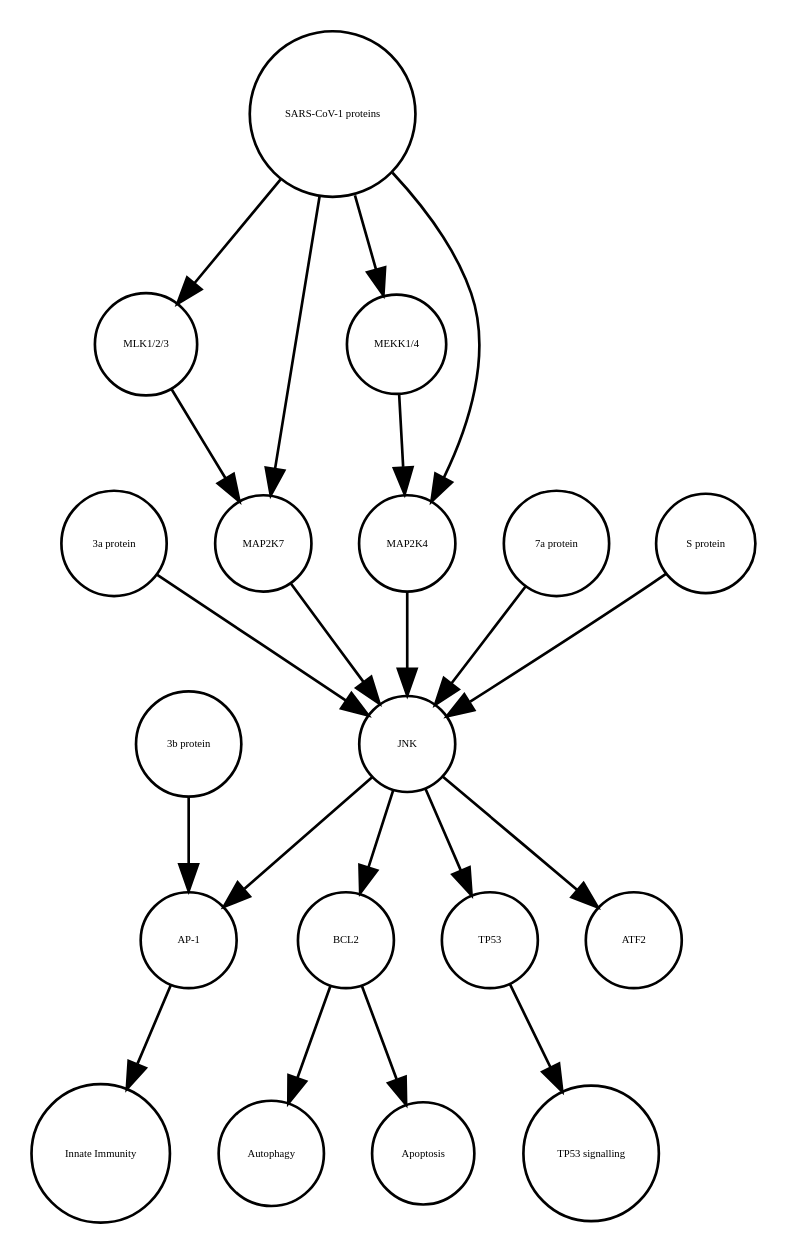
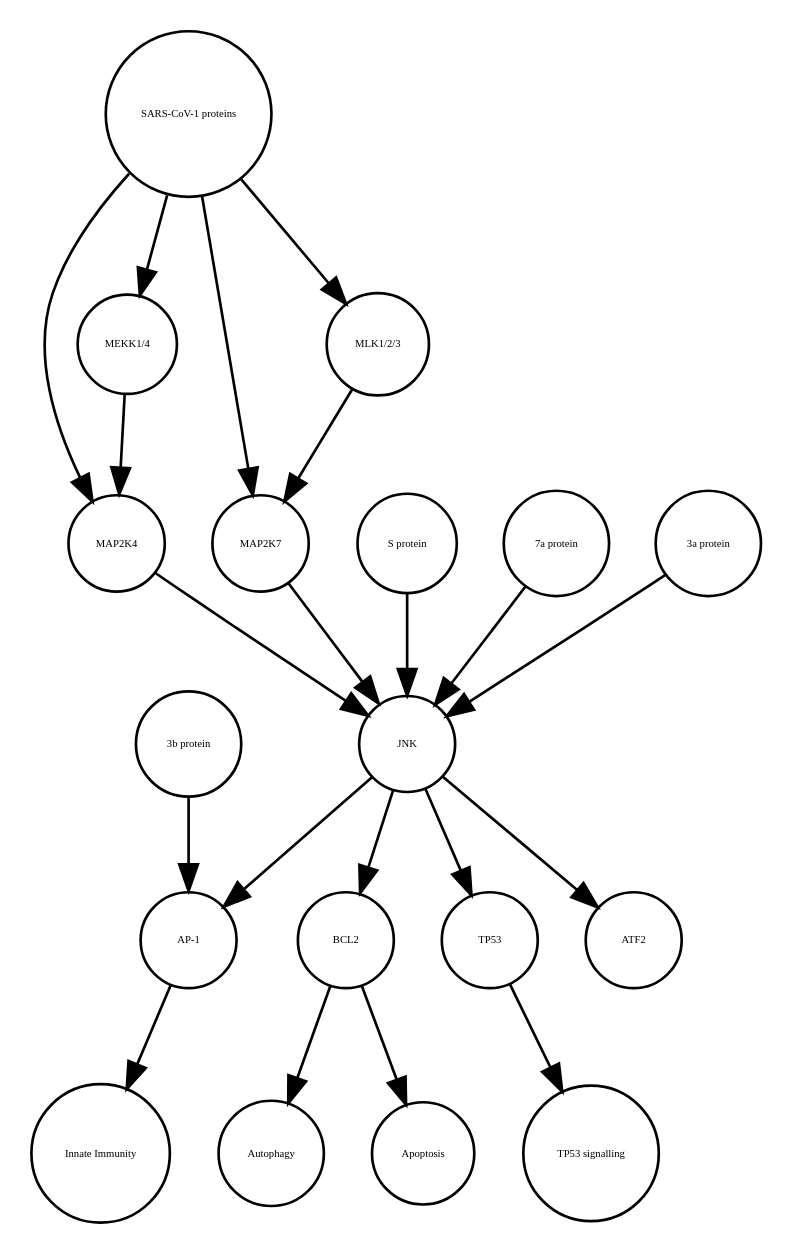
The diagram in JNK_pathway_v2.1.xml_projected.dot (cannin/covid19-sbgn), drawn with Graphviz before and after one commit. The commit also changed other lines of this file and 637 other files, not shown here.

```diff
--- a/JNK_pathway_v2.1.xml_projected.dot
+++ b/JNK_pathway_v2.1.xml_projected.dot
@@ -1,40 +1,40 @@
 strict digraph  {
 BCL2 [annotation=urn_miriam_uniprot_P10415, bipartite=0, cls=macromolecule, fontsize=4, label=BCL2, shape=circle];
 Autophagy [annotation="", bipartite=0, cls=phenotype, fontsize=4, label=Autophagy, shape=circle];
 "AP-1" [annotation="", bipartite=0, cls=complex, fontsize=4, label="AP-1", shape=circle];
 "Innate Immunity" [annotation="", bipartite=0, cls=phenotype, fontsize=4, label="Innate Immunity", shape=circle];
 TP53 [annotation=urn_miriam_uniprot_P04637, bipartite=0, cls=macromolecule, fontsize=4, label=TP53, shape=circle];
 "TP53 signalling" [annotation="", bipartite=0, cls=phenotype, fontsize=4, label="TP53 signalling", shape=circle];
 Apoptosis [annotation="", bipartite=0, cls=phenotype, fontsize=4, label=Apoptosis, shape=circle];
 "SARS-CoV-1 proteins" [annotation="", bipartite=0, cls=complex, fontsize=4, label="SARS-CoV-1 proteins", shape=circle];
-"MLK1/2/3" [annotation="", bipartite=0, cls=complex, fontsize=4, label="MLK1/2/3", shape=circle];
-"3b protein" [annotation="", bipartite=0, cls=macromolecule, fontsize=4, label="3b protein", shape=circle];
-"3a protein" [annotation="", bipartite=0, cls=macromolecule, fontsize=4, label="3a protein", shape=circle];
+MAP2K4 [annotation=urn_miriam_uniprot_P45985, bipartite=0, cls=macromolecule, fontsize=4, label=MAP2K4, shape=circle];
+MAP2K7 [annotation=urn_miriam_uniprot_O14733, bipartite=0, cls=macromolecule, fontsize=4, label=MAP2K7, shape=circle];
+"S protein" [annotation="", bipartite=0, cls=macromolecule, fontsize=4, label="S protein", shape=circle];
 ATF2 [annotation=urn_miriam_uniprot_P15336, bipartite=0, cls=macromolecule, fontsize=4, label=ATF2, shape=circle];
-MAP2K7 [annotation=urn_miriam_uniprot_O14733, bipartite=0, cls=macromolecule, fontsize=4, label=MAP2K7, shape=circle];
-"MEKK1/4" [annotation="", bipartite=0, cls=complex, fontsize=4, label="MEKK1/4", shape=circle];
 JNK [annotation="", bipartite=0, cls=complex, fontsize=4, label=JNK, shape=circle];
 "7a protein" [annotation="", bipartite=0, cls=macromolecule, fontsize=4, label="7a protein", shape=circle];
-"S protein" [annotation="", bipartite=0, cls=macromolecule, fontsize=4, label="S protein", shape=circle];
-MAP2K4 [annotation=urn_miriam_uniprot_P45985, bipartite=0, cls=macromolecule, fontsize=4, label=MAP2K4, shape=circle];
+"MLK1/2/3" [annotation="", bipartite=0, cls=complex, fontsize=4, label="MLK1/2/3", shape=circle];
+"3a protein" [annotation="", bipartite=0, cls=macromolecule, fontsize=4, label="3a protein", shape=circle];
+"MEKK1/4" [annotation="", bipartite=0, cls=complex, fontsize=4, label="MEKK1/4", shape=circle];
+"3b protein" [annotation="", bipartite=0, cls=macromolecule, fontsize=4, label="3b protein", shape=circle];
 BCL2 -> Autophagy  [annotation="", interaction_type="necessary stimulation"];
 BCL2 -> Apoptosis  [annotation="", interaction_type=inhibition];
 "AP-1" -> "Innate Immunity"  [annotation="", interaction_type="necessary stimulation"];
 TP53 -> "TP53 signalling"  [annotation="", interaction_type="necessary stimulation"];
+"SARS-CoV-1 proteins" -> "MLK1/2/3"  [annotation="urn_miriam_taxonomy_694009|urn_miriam_pubmed_31226023", interaction_type=stimulation];
+"SARS-CoV-1 proteins" -> MAP2K4  [annotation="urn_miriam_pubmed_31226023|urn_miriam_taxonomy_694009", interaction_type=stimulation];
 "SARS-CoV-1 proteins" -> MAP2K7  [annotation="urn_miriam_pubmed_31226023|urn_miriam_taxonomy_694009", interaction_type=stimulation];
-"SARS-CoV-1 proteins" -> MAP2K4  [annotation="urn_miriam_pubmed_31226023|urn_miriam_taxonomy_694009", interaction_type=stimulation];
 "SARS-CoV-1 proteins" -> "MEKK1/4"  [annotation="urn_miriam_pubmed_31226023|urn_miriam_taxonomy_694009", interaction_type=stimulation];
-"SARS-CoV-1 proteins" -> "MLK1/2/3"  [annotation="urn_miriam_taxonomy_694009|urn_miriam_pubmed_31226023", interaction_type=stimulation];
-"MLK1/2/3" -> MAP2K7  [annotation="urn_miriam_pubmed_31226023|urn_miriam_taxonomy_694009", interaction_type=stimulation];
-"3b protein" -> "AP-1"  [annotation=urn_miriam_pubmed_21561061, interaction_type=stimulation];
-"3a protein" -> JNK  [annotation=urn_miriam_pubmed_17141229, interaction_type=stimulation];
+MAP2K4 -> JNK  [annotation=urn_miriam_pubmed_17141229, interaction_type=stimulation];
 MAP2K7 -> JNK  [annotation=urn_miriam_pubmed_17141229, interaction_type=stimulation];
-"MEKK1/4" -> MAP2K4  [annotation="urn_miriam_pubmed_31226023|urn_miriam_taxonomy_694009", interaction_type=stimulation];
+"S protein" -> JNK  [annotation=urn_miriam_pubmed_17267381, interaction_type=stimulation];
 JNK -> ATF2  [annotation="", interaction_type=stimulation];
 JNK -> TP53  [annotation="", interaction_type=stimulation];
 JNK -> BCL2  [annotation=urn_miriam_pubmed_10567572, interaction_type=stimulation];
 JNK -> "AP-1"  [annotation=urn_miriam_pubmed_21561061, interaction_type=stimulation];
 "7a protein" -> JNK  [annotation=urn_miriam_pubmed_17141229, interaction_type=stimulation];
-"S protein" -> JNK  [annotation=urn_miriam_pubmed_17267381, interaction_type=stimulation];
-MAP2K4 -> JNK  [annotation=urn_miriam_pubmed_17141229, interaction_type=stimulation];
+"MLK1/2/3" -> MAP2K7  [annotation="urn_miriam_pubmed_31226023|urn_miriam_taxonomy_694009", interaction_type=stimulation];
+"3a protein" -> JNK  [annotation=urn_miriam_pubmed_17141229, interaction_type=stimulation];
+"MEKK1/4" -> MAP2K4  [annotation="urn_miriam_pubmed_31226023|urn_miriam_taxonomy_694009", interaction_type=stimulation];
+"3b protein" -> "AP-1"  [annotation=urn_miriam_pubmed_21561061, interaction_type=stimulation];
 }
```
